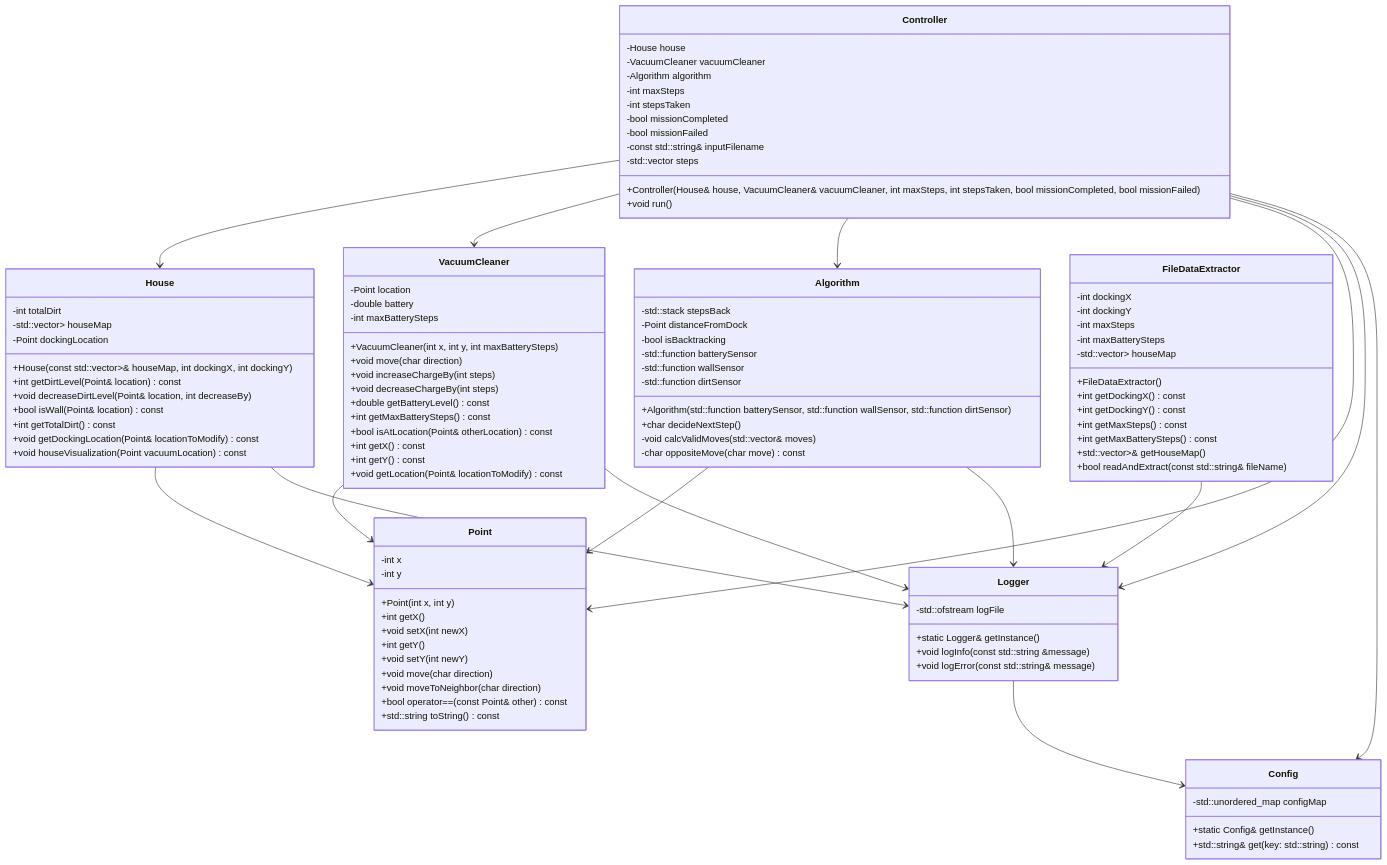
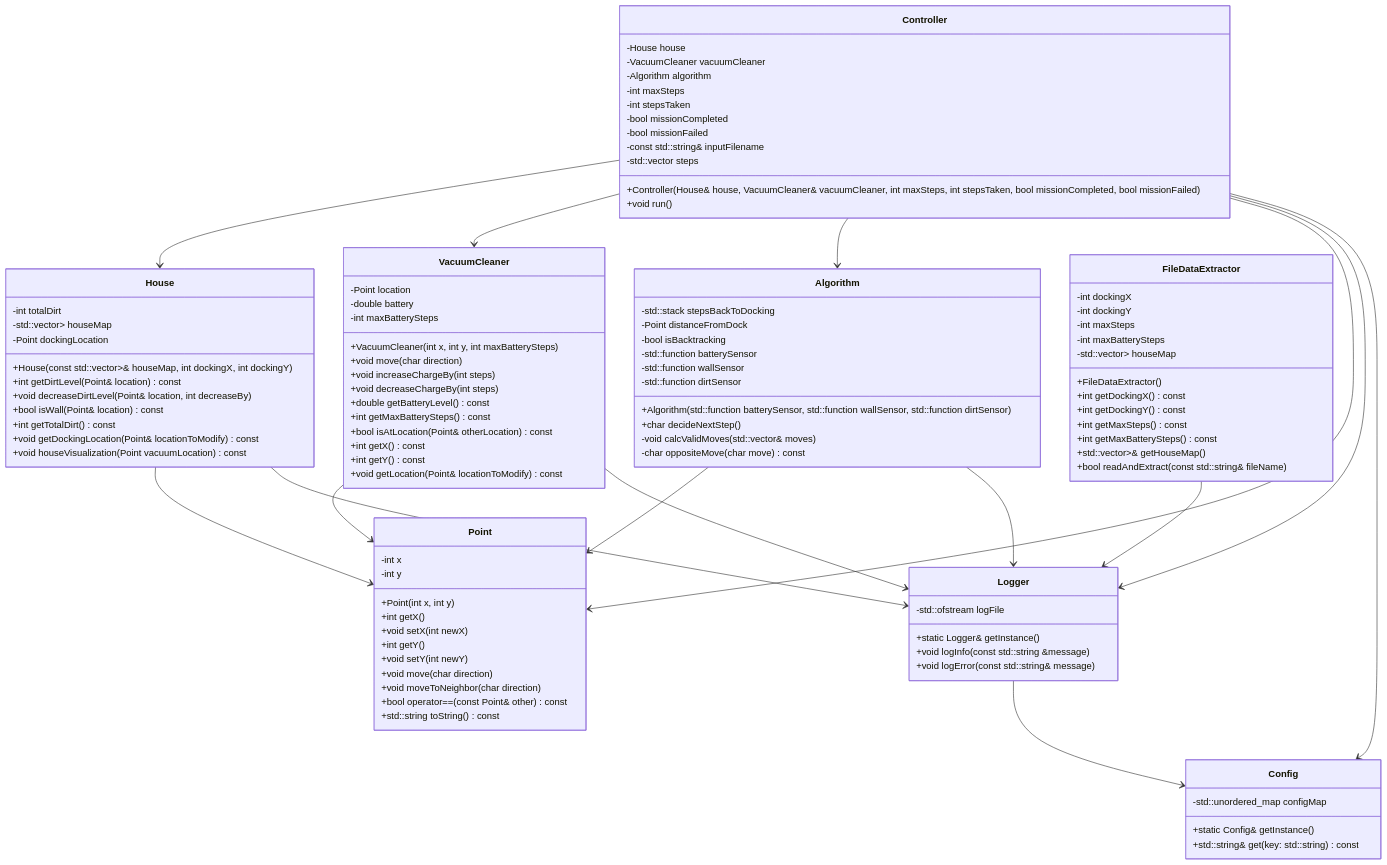
Before and after one commit to AmitRockBear/Advanced_Topics_In_Programming_hw1: the diagram in mermaid/classDiagram.mmd, drawn with Mermaid. The commit also changed 9 other files, not shown here.

```diff
--- a/mermaid/classDiagram.mmd
+++ b/mermaid/classDiagram.mmd
@@ -1,113 +1,113 @@
 classDiagram
     class Algorithm {
         +Algorithm(std::function<double()> batterySensor, std::function<bool(char)> wallSensor, std::function<int(char)> dirtSensor)
         +char decideNextStep()
         -void calcValidMoves(std::vector<char>& moves)
         -char oppositeMove(char move) const
-        -std::stack<char> stepsBack
+        -std::stack<char> stepsBackToDocking
         -Point distanceFromDock
         -bool isBacktracking
         -std::function<double> batterySensor
         -std::function<bool,char> wallSensor
         -std::function<int,char> dirtSensor
     }
 
     class Point {
         -int x
         -int y
         +Point(int x, int y)
         +int getX()
         +void setX(int newX)
         +int getY()
         +void setY(int newY)
         +void move(char direction)
         +void moveToNeighbor(char direction)
         +bool operator==(const Point& other) const
         +std::string toString() const
     }
 
     class VacuumCleaner {
         -Point location
         -double battery
         -int maxBatterySteps
         +VacuumCleaner(int x, int y, int maxBatterySteps)
         +void move(char direction)
         +void increaseChargeBy(int steps)
         +void decreaseChargeBy(int steps)
         +double getBatteryLevel() const
         +int getMaxBatterySteps() const
         +bool isAtLocation(Point& otherLocation) const
         +int getX() const
         +int getY() const
         +void getLocation(Point& locationToModify) const
     }
 
     class House {
         -int totalDirt
         -std::vector<std::vector<int>> houseMap
         -Point dockingLocation
         +House(const std::vector<std::vector<int>>& houseMap, int dockingX, int dockingY)
         +int getDirtLevel(Point& location) const
         +void decreaseDirtLevel(Point& location, int decreaseBy)
         +bool isWall(Point& location) const
         +int getTotalDirt() const
         +void getDockingLocation(Point& locationToModify) const
         +void houseVisualization(Point vacuumLocation) const
     }
 
     class FileDataExtractor {
         -int dockingX
         -int dockingY
         -int maxSteps
         -int maxBatterySteps
         -std::vector<std::vector<int>> houseMap
         +FileDataExtractor()
         +int getDockingX() const
         +int getDockingY() const
         +int getMaxSteps() const
         +int getMaxBatterySteps() const
         +std::vector<std::vector<int>>& getHouseMap()
         +bool readAndExtract(const std::string& fileName)
     }
 
     class Controller {
         -House house
         -VacuumCleaner vacuumCleaner
         -Algorithm algorithm
         -int maxSteps
         -int stepsTaken
         -bool missionCompleted
         -bool missionFailed
         -const std::string& inputFilename
         -std::vector<char> steps
         +Controller(House& house, VacuumCleaner& vacuumCleaner, int maxSteps, int stepsTaken, bool missionCompleted, bool missionFailed)
         +void run()
     }
 
     class Logger {
         -std::ofstream logFile
         +static Logger& getInstance() 
         +void logInfo(const std::string &message)
         +void logError(const std::string& message)
     }
 
     class Config {
         -std::unordered_map<std::string, std::string> configMap
         +static Config& getInstance()
         +std::string& get(key: std::string) const
     }
 
     Algorithm --> Point
     Algorithm --> Logger
     FileDataExtractor --> Logger
     Controller --> House
     Controller --> VacuumCleaner
     Controller --> Algorithm
     Controller --> Point
     Controller --> Logger
     Controller --> Config
     House --> Point
     House --> Logger
     VacuumCleaner --> Point
     VacuumCleaner --> Logger
     Logger --> Config
```
